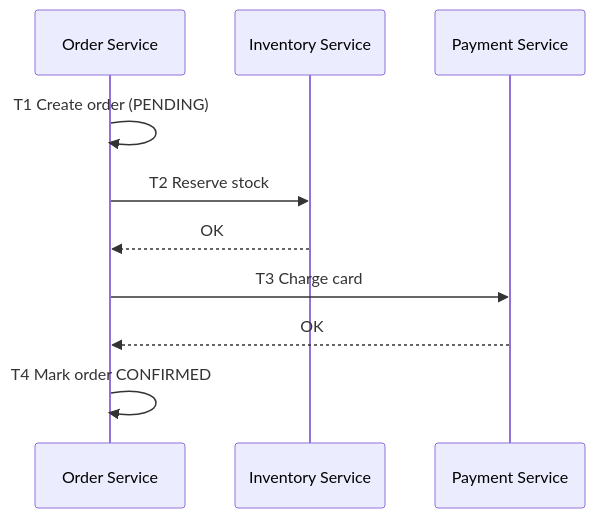
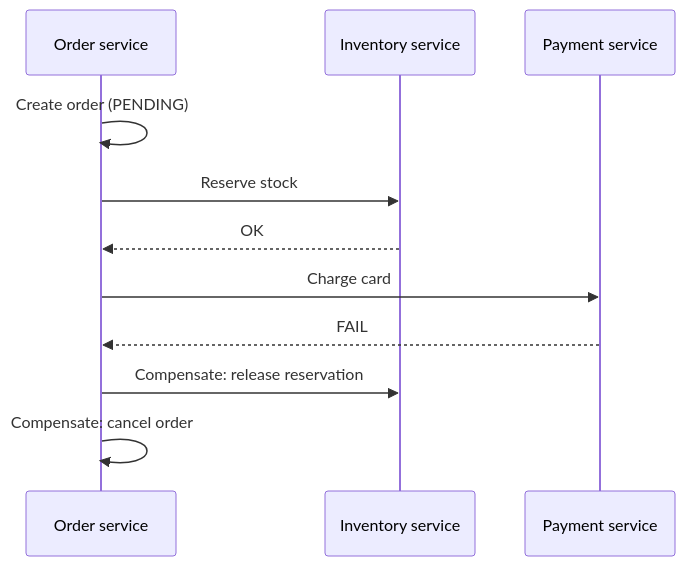
One commit to hareramcse/SystemDesign changed diagram 23 of 28 in 08-microservices/README.md. Above: the diagram before and after it, drawn with Mermaid. The commit also changed other lines of this file, not shown here.

````diff
--- a/08-microservices/README.md
+++ b/08-microservices/README.md
@@ -1621,13 +2778,14 @@
 ```mermaid
 sequenceDiagram
-    participant O as Order Service
-    participant I as Inventory Service
-    participant P as Payment Service
+    participant O as Order service
+    participant I as Inventory service
+    participant P as Payment service
 
-    O->>O: T1 Create order (PENDING)
-    O->>I: T2 Reserve stock
+    O->>O: Create order (PENDING)
+    O->>I: Reserve stock
     I-->>O: OK
-    O->>P: T3 Charge card
-    P-->>O: OK
-    O->>O: T4 Mark order CONFIRMED
+    O->>P: Charge card
+    P-->>O: FAIL
+    O->>I: Compensate: release reservation
+    O->>O: Compensate: cancel order
 ```
````
